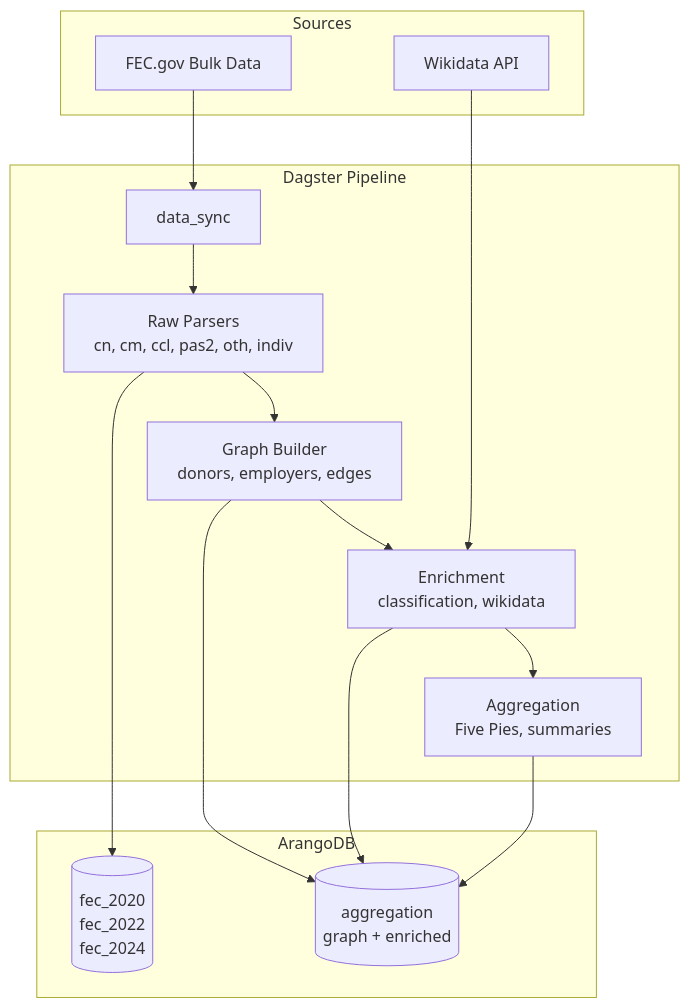
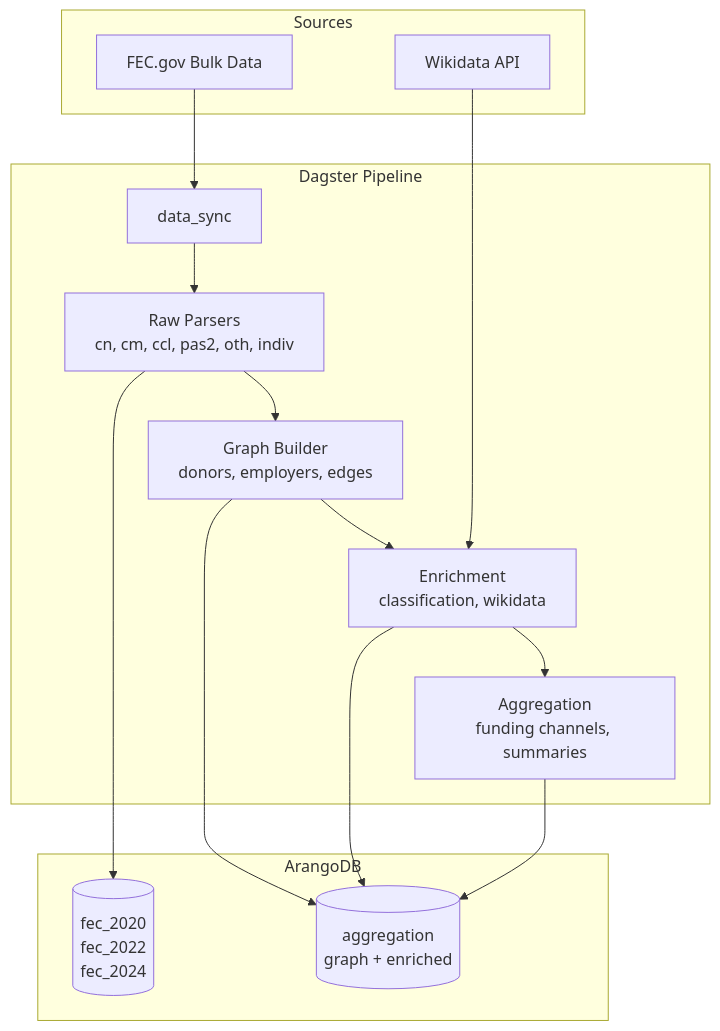
The first of 2 diagrams in README.md (vedantadhobley/legal-tender), drawn with Mermaid before and after one commit. The commit also changed other lines of this file and 5 other files, not shown here.

First line of the commit message:
chore: scrub "Five Pies" terminology, fix container→joi connectivity

````diff
--- a/README.md
+++ b/README.md
@@ -42,26 +41,26 @@
 ```mermaid
 flowchart TB
     subgraph Sources
         FEC[FEC.gov Bulk Data]
         WIKI[Wikidata API]
     end
 
     subgraph Dagster Pipeline
         SYNC[data_sync] --> RAW[Raw Parsers<br/>cn, cm, ccl, pas2, oth, indiv]
         RAW --> GRAPH[Graph Builder<br/>donors, employers, edges]
         GRAPH --> ENRICH[Enrichment<br/>classification, wikidata]
-        ENRICH --> AGG[Aggregation<br/>Five Pies, summaries]
+        ENRICH --> AGG[Aggregation<br/>funding channels, summaries]
     end
 
     subgraph ArangoDB
         FEC_DB[(fec_2020<br/>fec_2022<br/>fec_2024)]
         AGG_DB[(aggregation<br/>graph + enriched)]
     end
 
     FEC --> SYNC
     WIKI --> ENRICH
     RAW --> FEC_DB
     GRAPH --> AGG_DB
     ENRICH --> AGG_DB
     AGG --> AGG_DB
 ```
````
